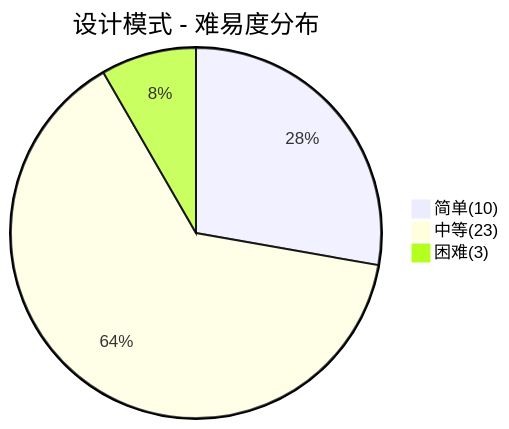
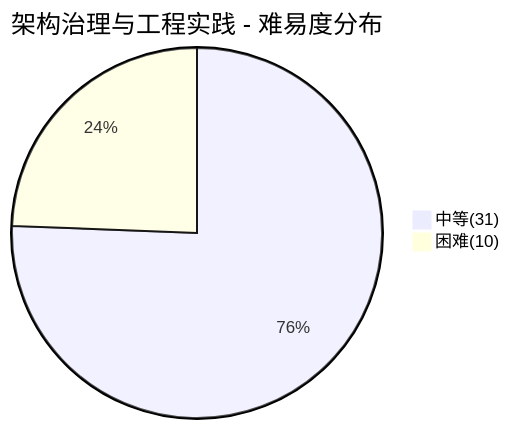
The fifth of 5 diagrams in docs/99.面试/设计面试.md (dunwu/waterdrop), drawn with Mermaid before and after one commit. The commit also changed other lines of this file and 10 other files, not shown here.

````diff
--- a/docs/99.面试/设计面试.md
+++ b/docs/99.面试/设计面试.md
@@ -224,6 +249,5 @@
 ```mermaid
-pie title 设计模式 - 难易度分布
-    "简单(10)" : 10
-    "中等(23)" : 23
-    "困难(3)" : 3
+pie title 架构治理与工程实践 - 难易度分布
+    "中等(31)" : 31
+    "困难(10)" : 10
 ```
````
